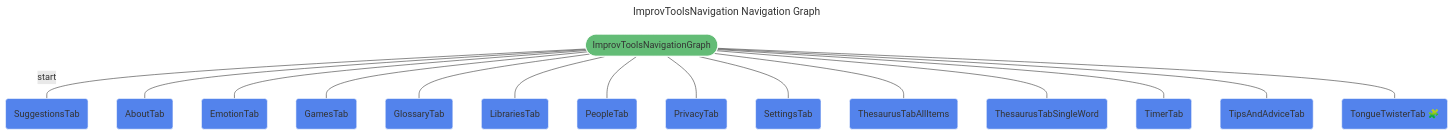
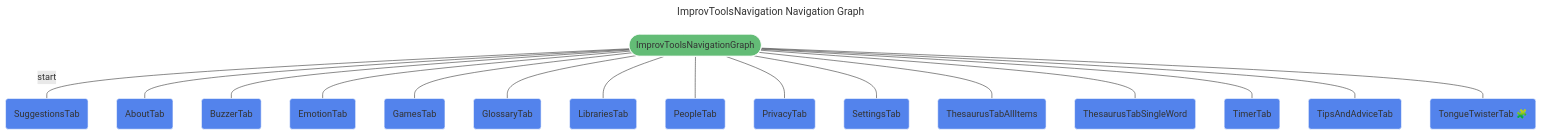
The diagram in docs/static/ImprovToolsNavigationNavGraph.mmd (brokenkernel/improvtools), drawn with Mermaid before and after one commit. The commit also changed 7 other files, not shown here.

```diff
--- a/docs/static/ImprovToolsNavigationNavGraph.mmd
+++ b/docs/static/ImprovToolsNavigationNavGraph.mmd
@@ -1,25 +1,26 @@
 ---
 title: ImprovToolsNavigation Navigation Graph
 ---
 %%{init: {'theme':'base', 'themeVariables': { 'primaryTextColor': '#fff' }}%%
 graph TD
 improv_tools_navigation(["ImprovToolsNavigationGraph"]) -- "start" --- suggestions_tab("SuggestionsTab")
 improv_tools_navigation(["ImprovToolsNavigationGraph"]) --- about_tab("AboutTab")
+improv_tools_navigation(["ImprovToolsNavigationGraph"]) --- buzzer_tab("BuzzerTab")
 improv_tools_navigation(["ImprovToolsNavigationGraph"]) --- emotion_tab("EmotionTab")
 improv_tools_navigation(["ImprovToolsNavigationGraph"]) --- games_tab("GamesTab")
 improv_tools_navigation(["ImprovToolsNavigationGraph"]) --- glossary_tab("GlossaryTab")
 improv_tools_navigation(["ImprovToolsNavigationGraph"]) --- libraries_tab("LibrariesTab")
 improv_tools_navigation(["ImprovToolsNavigationGraph"]) --- people_tab("PeopleTab")
 improv_tools_navigation(["ImprovToolsNavigationGraph"]) --- privacy_tab("PrivacyTab")
 improv_tools_navigation(["ImprovToolsNavigationGraph"]) --- settings_tab("SettingsTab")
 improv_tools_navigation(["ImprovToolsNavigationGraph"]) --- thesaurus_tab_all_items("ThesaurusTabAllItems")
 improv_tools_navigation(["ImprovToolsNavigationGraph"]) --- thesaurus_tab_single_word("ThesaurusTabSingleWord")
 improv_tools_navigation(["ImprovToolsNavigationGraph"]) --- timer_tab("TimerTab")
 improv_tools_navigation(["ImprovToolsNavigationGraph"]) --- tips_and_advice_tab("TipsAndAdviceTab")
 improv_tools_navigation(["ImprovToolsNavigationGraph"]) --- tongue_twister_tab_destination("TongueTwisterTab 🧩")
 
 
 classDef destination fill:#5383EC,stroke:#ffffff;
-class about_tab,emotion_tab,games_tab,glossary_tab,libraries_tab,people_tab,privacy_tab,settings_tab,suggestions_tab,thesaurus_tab_all_items,thesaurus_tab_single_word,timer_tab,tips_and_advice_tab,tongue_twister_tab_destination destination;
+class about_tab,buzzer_tab,emotion_tab,games_tab,glossary_tab,libraries_tab,people_tab,privacy_tab,settings_tab,suggestions_tab,thesaurus_tab_all_items,thesaurus_tab_single_word,timer_tab,tips_and_advice_tab,tongue_twister_tab_destination destination;
 classDef navgraph fill:#63BC76,stroke:#ffffff;
 class improv_tools_navigation navgraph;
```
